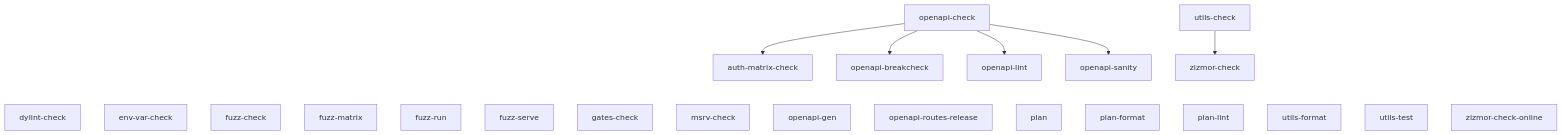
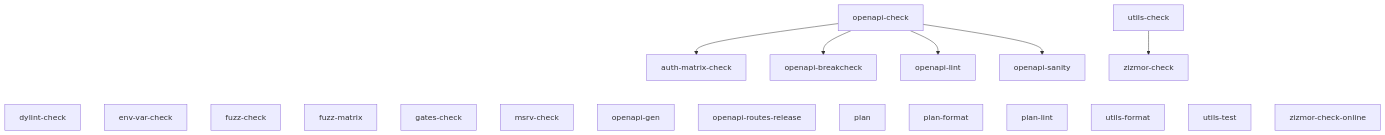
Before and after one commit to codesam88/picasu: the fifth of 11 diagrams in docs/quality-gates.md, drawn with Mermaid. The commit also changed other lines of this file and 33 other files, not shown here.

First line of the commit message:
Move fuzz harness to utils/fuzz module with unified CLI

````diff
--- a/docs/quality-gates.md
+++ b/docs/quality-gates.md
@@ -129,32 +130,30 @@
 ```mermaid
 graph TD
   auth-matrix-check
   dylint-check
   env-var-check
   fuzz-check
   fuzz-matrix
-  fuzz-run
-  fuzz-serve
   gates-check
   msrv-check
   openapi-breakcheck
   openapi-check
   openapi-gen
   openapi-lint
   openapi-routes-release
   openapi-sanity
   plan
   plan-format
   plan-lint
   utils-check
   utils-format
   utils-test
   zizmor-check
   zizmor-check-online
   openapi-check --> auth-matrix-check
   openapi-check --> openapi-breakcheck
   openapi-check --> openapi-lint
   openapi-check --> openapi-sanity
   utils-check --> zizmor-check
-  auth-matrix-check ~~~ dylint-check & env-var-check & fuzz-check & fuzz-matrix & fuzz-run & fuzz-serve & gates-check & msrv-check & openapi-gen & openapi-routes-release & plan & plan-format & plan-lint & utils-format & utils-test & zizmor-check-online
+  auth-matrix-check ~~~ dylint-check & env-var-check & fuzz-check & fuzz-matrix & gates-check & msrv-check & openapi-gen & openapi-routes-release & plan & plan-format & plan-lint & utils-format & utils-test & zizmor-check-online
 ```
````
